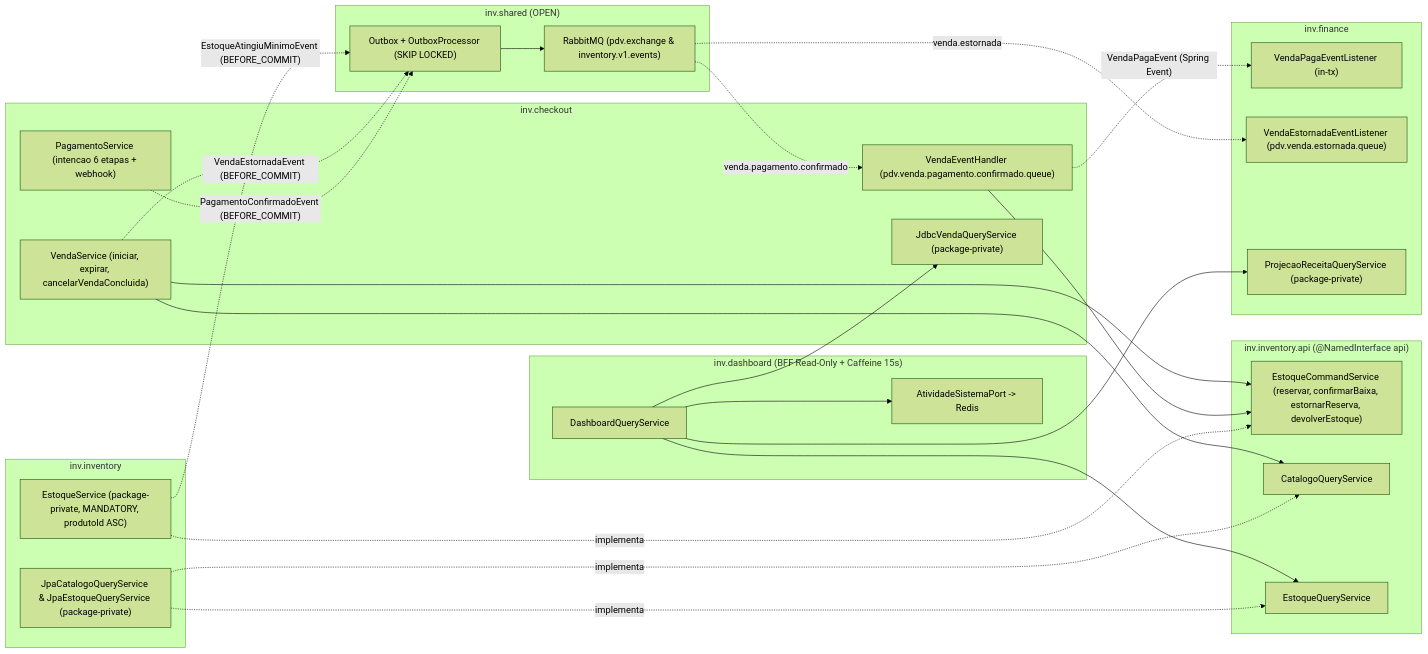
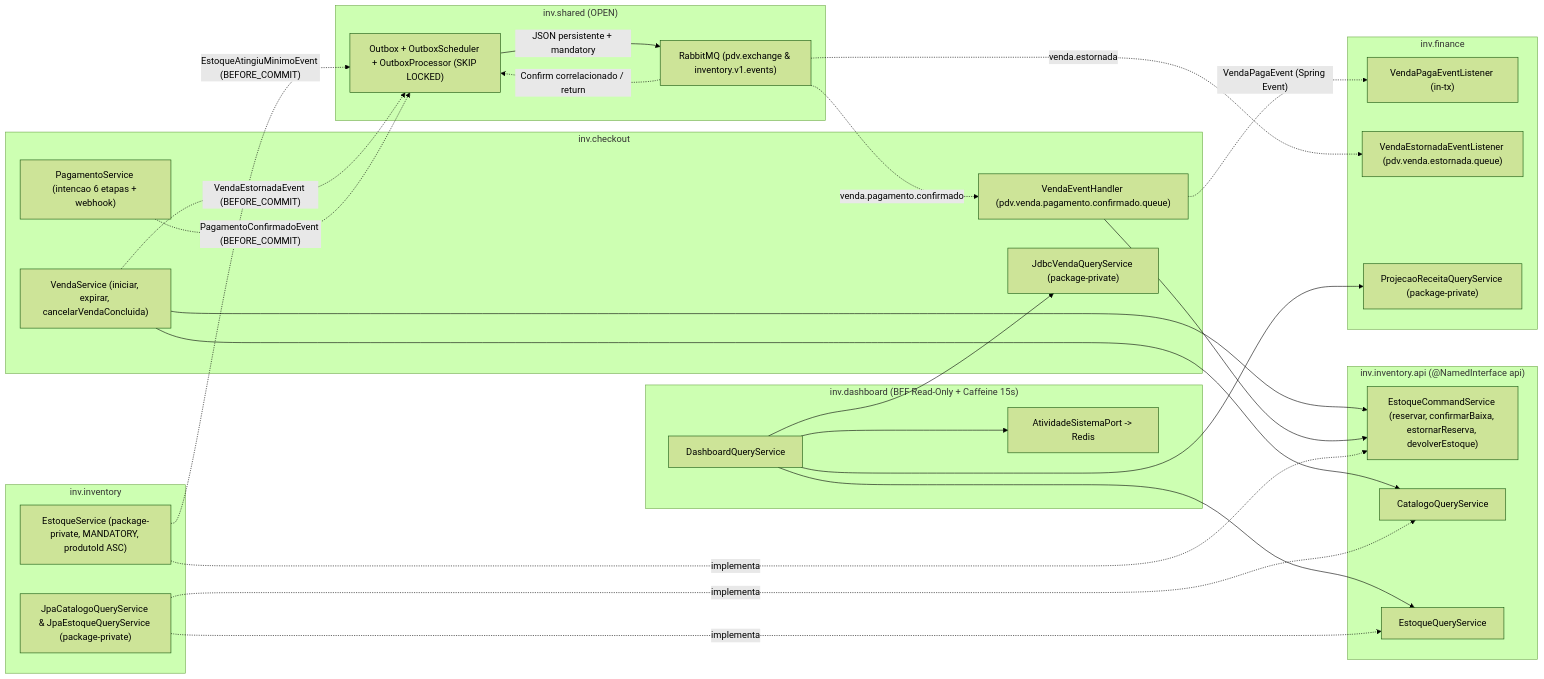
One commit to iXDGabrielTK/petshop-microservices changed the second of 4 diagrams in docs/architecture/system-overview.md. Above: the diagram before and after it, drawn with Mermaid (forest theme). The commit also changed other lines of this file, not shown here.

Commit message:
docs(architecture): descreve o fluxo da outbox e o ciclo de testes

````diff
--- a/docs/architecture/system-overview.md
+++ b/docs/architecture/system-overview.md
@@ -84,49 +88,50 @@
 ```mermaid
 flowchart LR
     subgraph DASH["inv.dashboard (BFF Read-Only + Caffeine 15s)"]
         DQS["DashboardQueryService"]
         PORT["AtividadeSistemaPort -> Redis"]
     end
 
     subgraph CHK["inv.checkout"]
         VS["VendaService (iniciar, expirar, cancelarVendaConcluida)"]
         PS["PagamentoService (intencao 6 etapas + webhook)"]
         VEH["VendaEventHandler (pdv.venda.pagamento.confirmado.queue)"]
         JVO["JdbcVendaQueryService (package-private)"]
     end
 
     subgraph INVAPI["inv.inventory.api (@NamedInterface api)"]
         ECS["EstoqueCommandService (reservar, confirmarBaixa, estornarReserva, devolverEstoque)"]
         CQS["CatalogoQueryService"]
         EQS["EstoqueQueryService"]
     end
 
     subgraph INV["inv.inventory"]
         ES["EstoqueService (package-private, MANDATORY, produtoId ASC)"]
         JCQ["JpaCatalogoQueryService & JpaEstoqueQueryService (package-private)"]
     end
 
     subgraph FIN["inv.finance"]
         VPL["VendaPagaEventListener (in-tx)"]
         VEL["VendaEstornadaEventListener (pdv.venda.estornada.queue)"]
         PRQ["ProjecaoReceitaQueryService (package-private)"]
     end
 
     subgraph SH["inv.shared (OPEN)"]
-        OBX["Outbox + OutboxProcessor (SKIP LOCKED)"]
+        OBX["Outbox + OutboxScheduler + OutboxProcessor (SKIP LOCKED)"]
         RMQ["RabbitMQ (pdv.exchange & inventory.v1.events)"]
     end
 
     DQS --> JVO & PRQ & EQS & PORT
     VS --> CQS & ECS
     VEH --> ECS
     ES -.->|"implementa"| ECS
     JCQ -.->|"implementa"| CQS & EQS
     VEH -.->|"VendaPagaEvent (Spring Event)"| VPL
     VS -.->|"VendaEstornadaEvent (BEFORE_COMMIT)"| OBX
     PS -.->|"PagamentoConfirmadoEvent (BEFORE_COMMIT)"| OBX
     ES -.->|"EstoqueAtingiuMinimoEvent (BEFORE_COMMIT)"| OBX
-    OBX --> RMQ
+    OBX -->|"JSON persistente + mandatory"| RMQ
+    RMQ -.->|"Confirm correlacionado / return"| OBX
     RMQ -.->|"venda.pagamento.confirmado"| VEH
     RMQ -.->|"venda.estornada"| VEL
 ```
````
